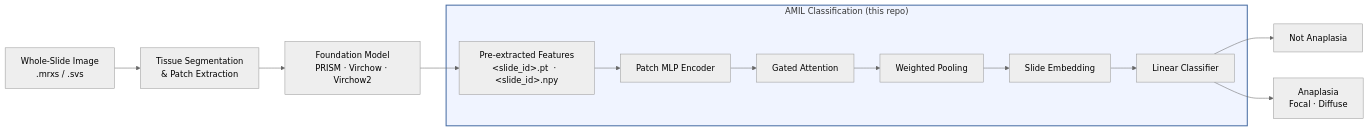
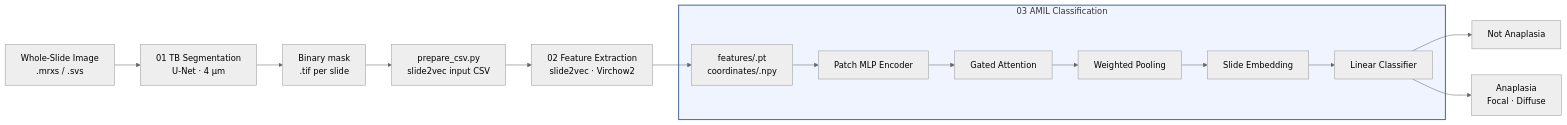
One commit to PierpaoloV/wilms-anaplasia-mil changed the first of 2 diagrams in README.md. Above: the diagram before and after it, drawn with Mermaid (neutral theme). The commit also changed other lines of this file, not shown here.

````diff
--- a/README.md
+++ b/README.md
@@ -39,19 +38,21 @@
 ```mermaid
 flowchart LR
-    WSI[Whole-Slide Image\n.mrxs / .svs] --> SEG[Tissue Segmentation\n& Patch Extraction]
-    SEG --> FE[Foundation Model\nPRISM · Virchow · Virchow2]
-    FE --> FEAT["Pre-extracted Features\n&lt;slide_id&gt;.pt  ·  &lt;slide_id&gt;.npy"]
+    WSI[Whole-Slide Image\n.mrxs / .svs] --> SEG[01 TB Segmentation\nU-Net · 4 μm]
+    SEG --> MASK[Binary mask\n.tif per slide]
+    MASK --> CSV[prepare_csv.py\nslide2vec input CSV]
+    CSV --> FE[02 Feature Extraction\nslide2vec · Virchow2]
+    FE --> FEAT["features/<slide_id>.pt\ncoordinates/<slide_id>.npy"]
 
-    subgraph MIL ["AMIL Classification (this repo)"]
+    subgraph MIL ["03 AMIL Classification"]
         FEAT --> ENC[Patch MLP Encoder]
         ENC --> ATT[Gated Attention]
         ATT --> POOL[Weighted Pooling]
         POOL --> SLIDE[Slide Embedding]
         SLIDE --> CLF[Linear Classifier]
     end
 
     CLF --> OUT0[Not Anaplasia]
     CLF --> OUT1[Anaplasia\nFocal · Diffuse]
 
     style MIL fill:#f0f4ff,stroke:#4a6fa5,stroke-width:2px
 ```
````
